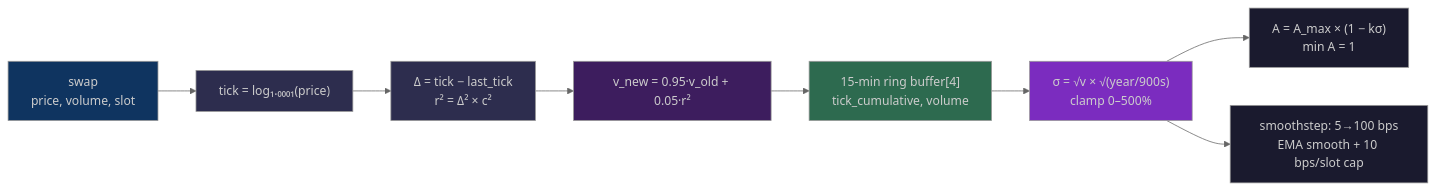
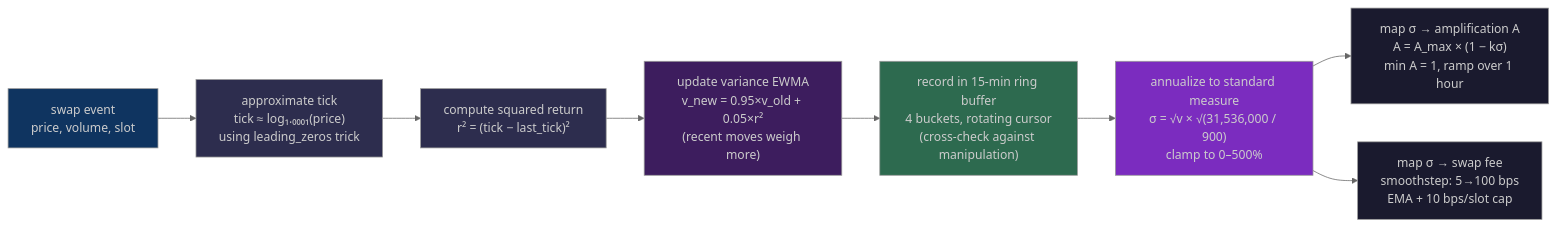
One commit to srivtx/vamm-capstone changed the fifth of 6 diagrams in ARCHITECTURE.md. Above: the diagram before and after it, drawn with Mermaid (neutral theme). The commit also changed other lines of this file, not shown here.

Commit message:
rewrite architecture doc: explain every concept, beginner-friendly

````diff
--- a/ARCHITECTURE.md
+++ b/ARCHITECTURE.md
@@ -138,19 +180,19 @@
 ```mermaid
 flowchart LR
-    SWAP["swap<br/>price, volume, slot"] --> TICK["tick = log₁.₀₀₀₁(price)"]
-    TICK --> DELTA["Δ = tick − last_tick<br/>r² = Δ² × c²"]
-    DELTA --> EWMA["v_new = 0.95·v_old + 0.05·r²"]
-    EWMA --> BUCKET["15-min ring buffer[4]<br/>tick_cumulative, volume"]
-    BUCKET --> ANNUAL["σ = √v × √(year/900s)<br/>clamp 0–500%"]
-    ANNUAL --> A_OUT["A = A_max × (1 − kσ)<br/>min A = 1"]
-    ANNUAL --> FEE_OUT["smoothstep: 5→100 bps<br/>EMA smooth + 10 bps/slot cap"]
+    SWAP["swap event<br/>price, volume, slot"] --> TICK["approximate tick<br/>tick ≈ log₁.₀₀₀₁(price)<br/>using leading_zeros trick"]
+    TICK --> DELTA["compute squared return<br/>r² = (tick − last_tick)²"]
+    DELTA --> EWMA["update variance EWMA<br/>v_new = 0.95×v_old + 0.05×r²<br/>(recent moves weigh more)"]
+    EWMA --> BUCKET["record in 15-min ring buffer<br/>4 buckets, rotating cursor<br/>(cross-check against manipulation)"]
+    BUCKET --> ANNUAL["annualize to standard measure<br/>σ = √v × √(31,536,000 / 900)<br/>clamp to 0–500%"]
+    ANNUAL --> A_OUT["map σ → amplification A<br/>A = A_max × (1 − kσ)<br/>min A = 1, ramp over 1 hour"]
+    ANNUAL --> FEE_OUT["map σ → swap fee<br/>smoothstep: 5→100 bps<br/>EMA + 10 bps/slot cap"]
 
     style SWAP fill:#0f3460,color:#ccc
     style TICK fill:#2d2d4e,color:#ccc
     style DELTA fill:#2d2d4e,color:#ccc
     style EWMA fill:#3d1d5e,color:#ccc
     style BUCKET fill:#2d6a4f,color:#ccc
     style ANNUAL fill:#7b2cbf,color:#ccc
     style A_OUT fill:#1a1a2e,color:#ccc
     style FEE_OUT fill:#1a1a2e,color:#ccc
 ```
````
